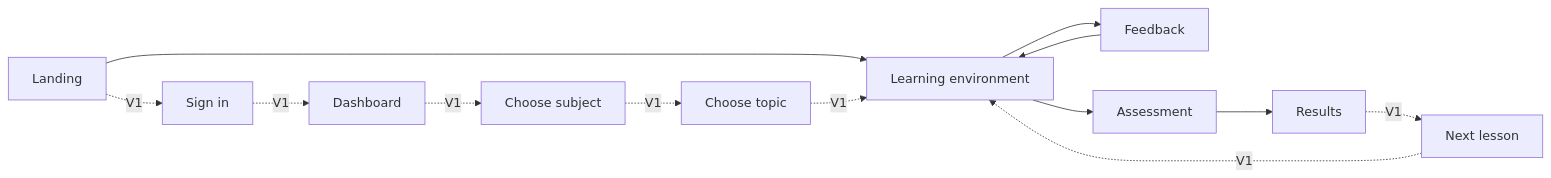
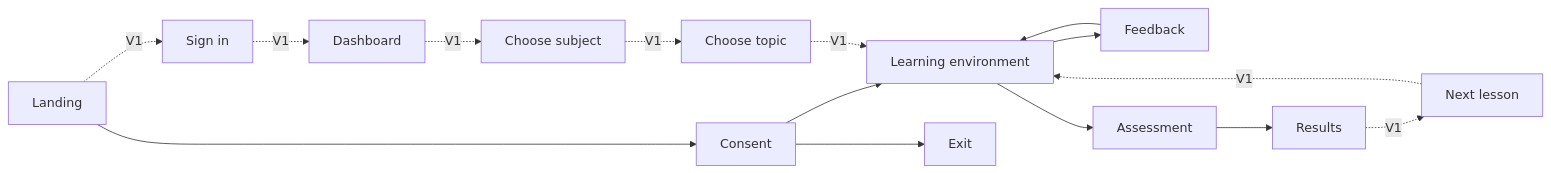
The second of 2 diagrams in docs/11-ui-ux.md (bses7/Grasp), drawn with Mermaid before and after one commit. The commit also changed other lines of this file and 113 other files, not shown here.

````diff
--- a/docs/11-ui-ux.md
+++ b/docs/11-ui-ux.md
@@ -186,15 +334,17 @@
 ```mermaid
 flowchart LR
-    L[Landing] --> E[Learning environment]
+    L[Landing] --> C[Consent]
+    C --> E[Learning environment]
+    C --> X[Exit]
     E --> F[Feedback]
     F --> E
     E --> A[Assessment]
     A --> R[Results]
     L -.V1.-> S[Sign in]
     S -.V1.-> D[Dashboard]
     D -.V1.-> CS[Choose subject]
     CS -.V1.-> CT[Choose topic]
     CT -.V1.-> E
     R -.V1.-> N[Next lesson]
     N -.V1.-> E
 ```
````
